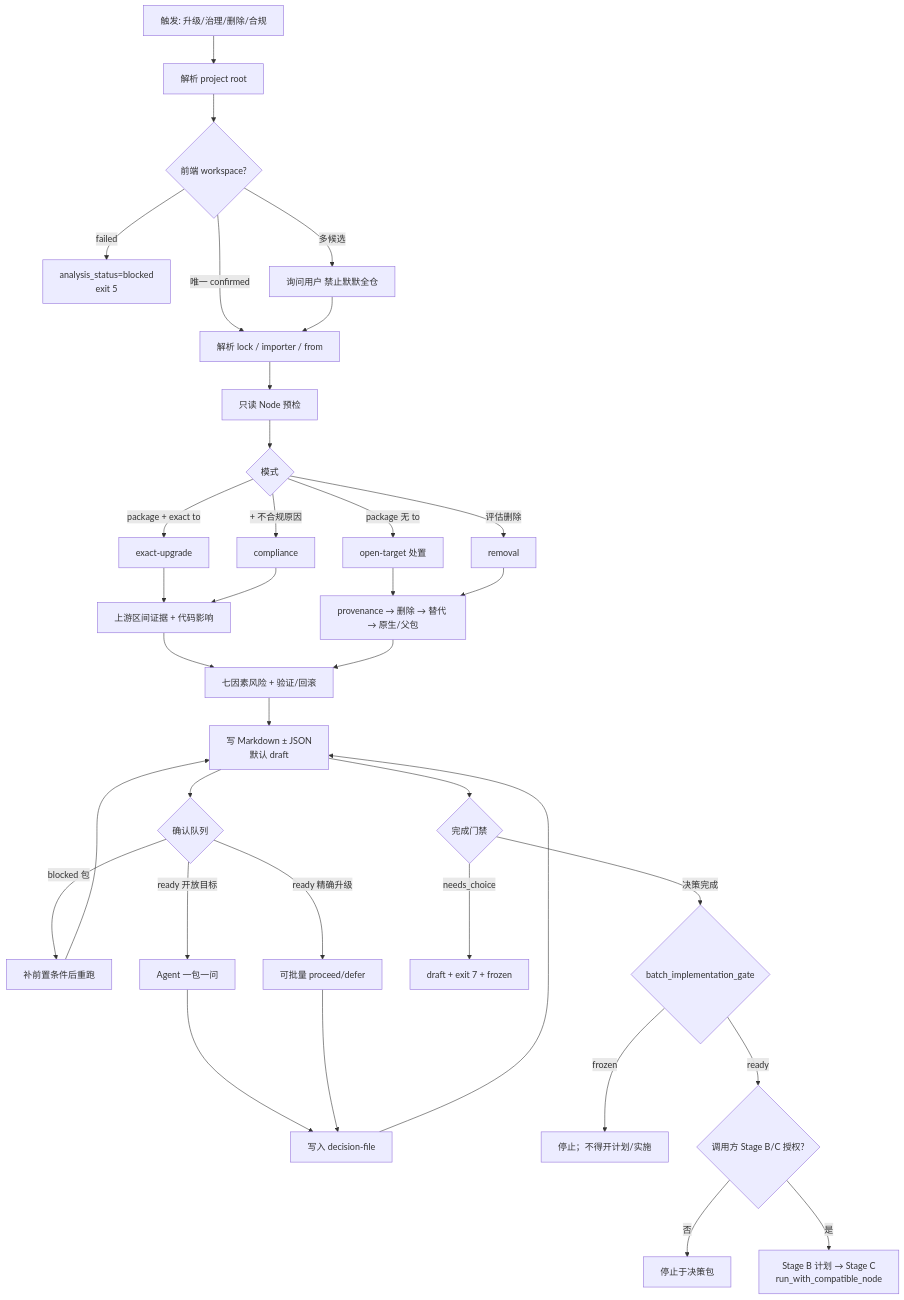
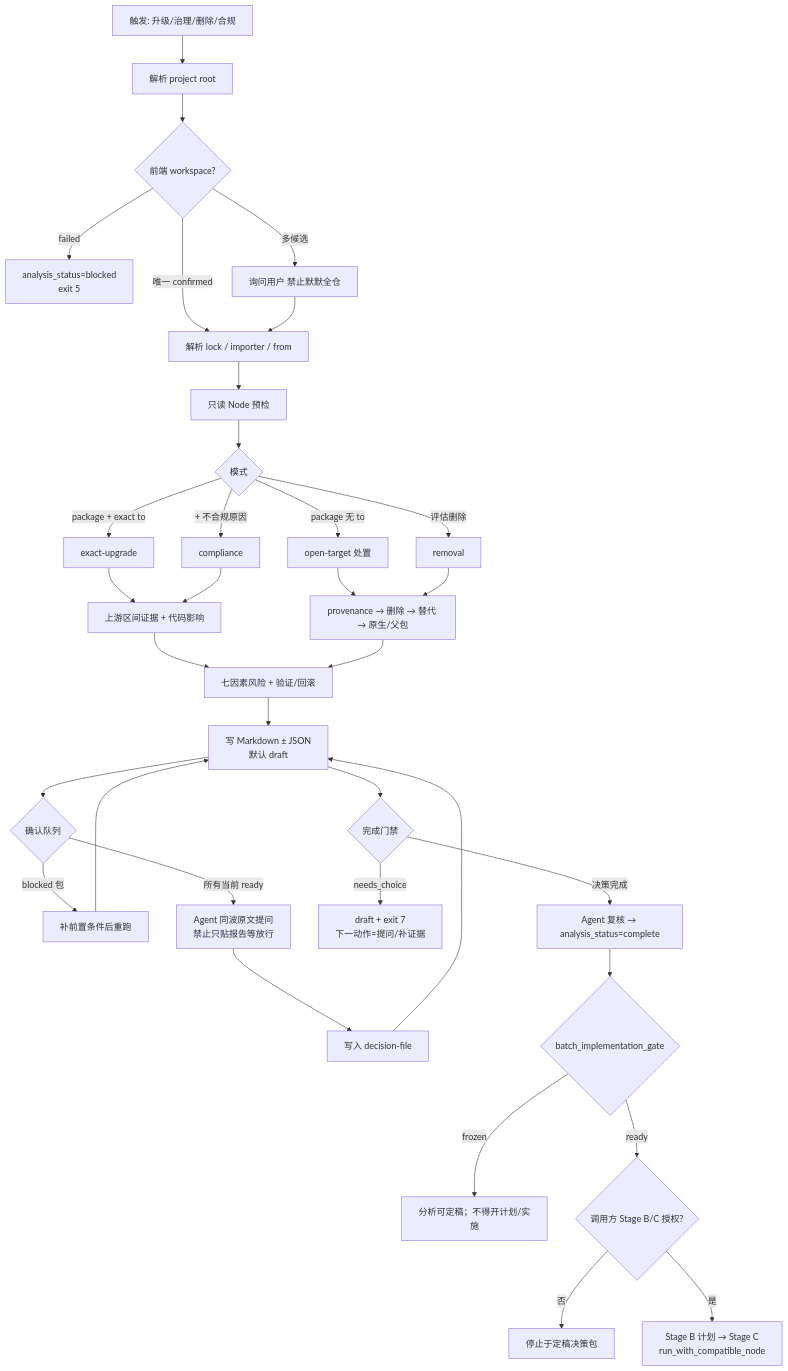
One commit to zyjhandsome/skills changed the first of 2 diagrams in docs/frontend-dependency-upgrade-impact-analysis-usage.md. Above: the diagram before and after it, drawn with Mermaid. The commit also changed other lines of this file and 9 other files, not shown here.

````diff
--- a/docs/frontend-dependency-upgrade-impact-analysis-usage.md
+++ b/docs/frontend-dependency-upgrade-impact-analysis-usage.md
@@ -106,37 +108,36 @@
 ```mermaid
 flowchart TD
   A[触发: 升级/治理/删除/合规] --> B[解析 project root]
   B --> C{前端 workspace?}
   C -->|failed| Z1[analysis_status=blocked<br/>exit 5]
   C -->|多候选| Q1[询问用户 禁止默默全仓]
   C -->|唯一 confirmed| D[解析 lock / importer / from]
   Q1 --> D
   D --> E[只读 Node 预检]
   E --> F{模式}
   F -->|package + exact to| G[exact-upgrade]
   F -->|package 无 to| H[open-target 处置]
   F -->|+ 不合规原因| I[compliance]
   F -->|评估删除| J[removal]
   G --> K[上游区间证据 + 代码影响]
   H --> L[provenance → 删除 → 替代 → 原生/父包]
   I --> K
   J --> L
   K --> M[七因素风险 + 验证/回滚]
   L --> M
   M --> N[写 Markdown ± JSON<br/>默认 draft]
   N --> O{确认队列}
   O -->|blocked 包| P[补前置条件后重跑]
-  O -->|ready 开放目标| R[Agent 一包一问]
-  O -->|ready 精确升级| R2[可批量 proceed/defer]
+  O -->|所有当前 ready| R[Agent 同波原文提问<br/>禁止只贴报告等放行]
   R --> S[写入 decision-file]
-  R2 --> S
   S --> N
   P --> N
   N --> T{完成门禁}
-  T -->|needs_choice| U[draft + exit 7 + frozen]
-  T -->|决策完成| V{batch_implementation_gate}
-  V -->|frozen| X[停止；不得开计划/实施]
+  T -->|needs_choice| U[draft + exit 7<br/>下一动作=提问/补证据]
+  T -->|决策完成| C1[Agent 复核 → analysis_status=complete]
+  C1 --> V{batch_implementation_gate}
+  V -->|frozen| X[分析可定稿；不得开计划/实施]
   V -->|ready| W{调用方 Stage B/C 授权?}
-  W -->|否| X2[停止于决策包]
+  W -->|否| X2[停止于定稿决策包]
   W -->|是| Y[Stage B 计划 → Stage C<br/>run_with_compatible_node]
 ```
````
